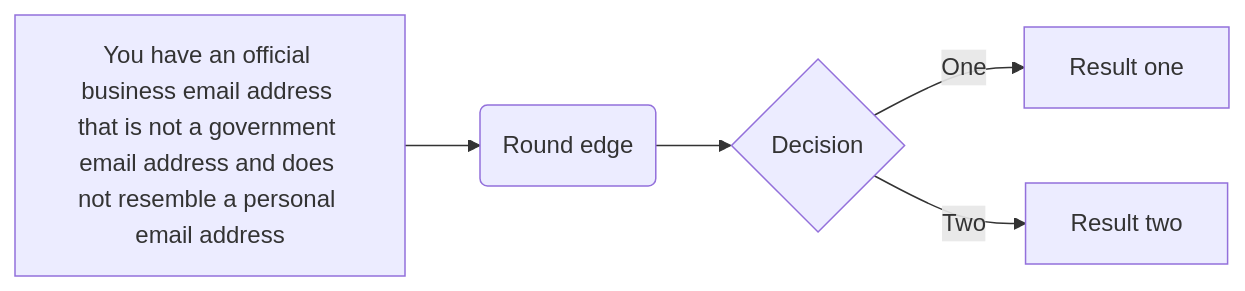
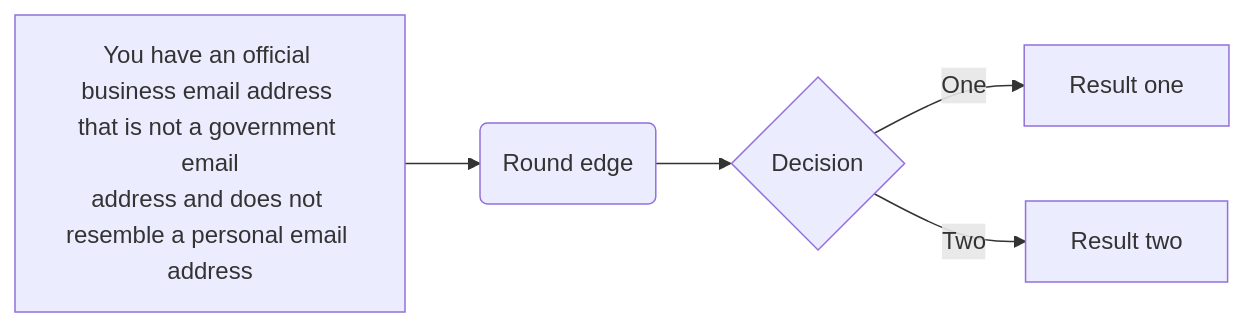
The diagram in docs/onboard-to-techpass.md (GovTechSG/techpass-user-docs), drawn with Mermaid before and after one commit.

````diff
--- a/docs/onboard-to-techpass.md
+++ b/docs/onboard-to-techpass.md
@@ -7,7 +7,7 @@
 ```mermaid
 graph LR
-A[You have an official business email address that is not a government email address and does not resemble a personal email address] -->B(Round edge)
+A[You have an official business email address that is not a government email<br>address and does not resemble a personal email address] -->B(Round edge)
     B --> C{Decision}
     C -->|One| D[Result one]
     C -->|Two| E[Result two]
 ```
````
